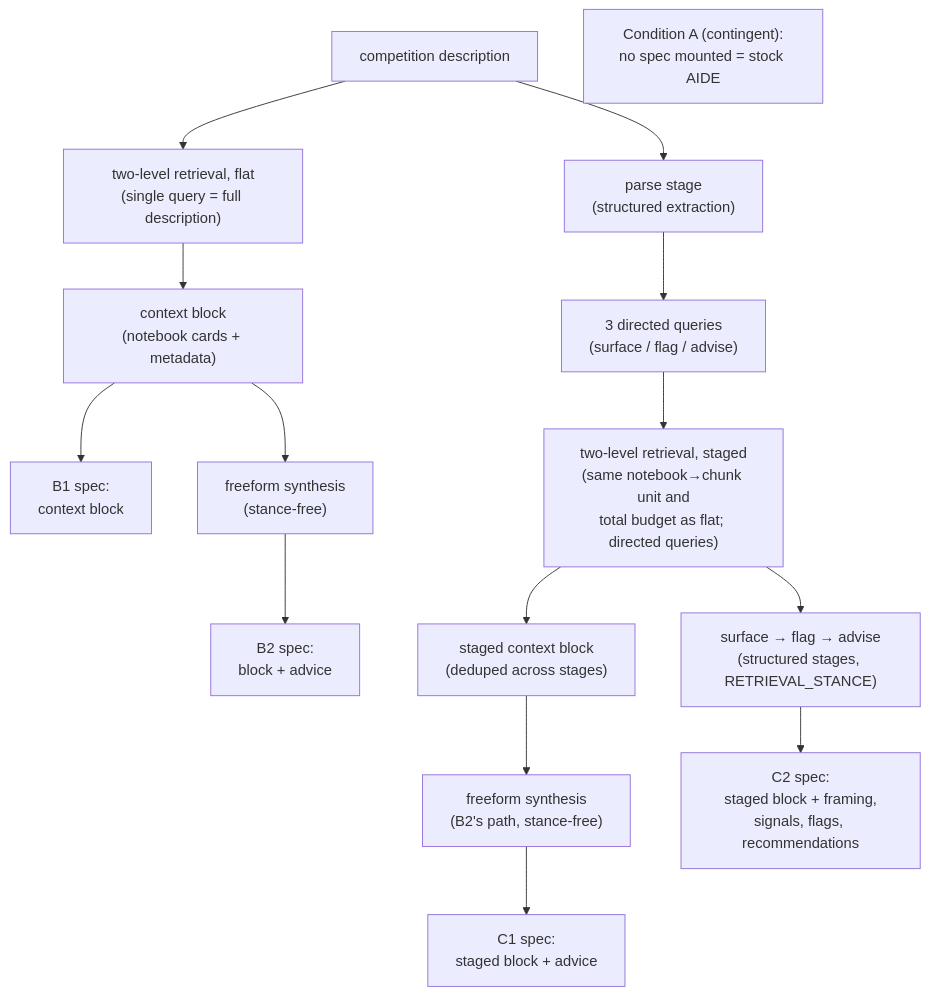
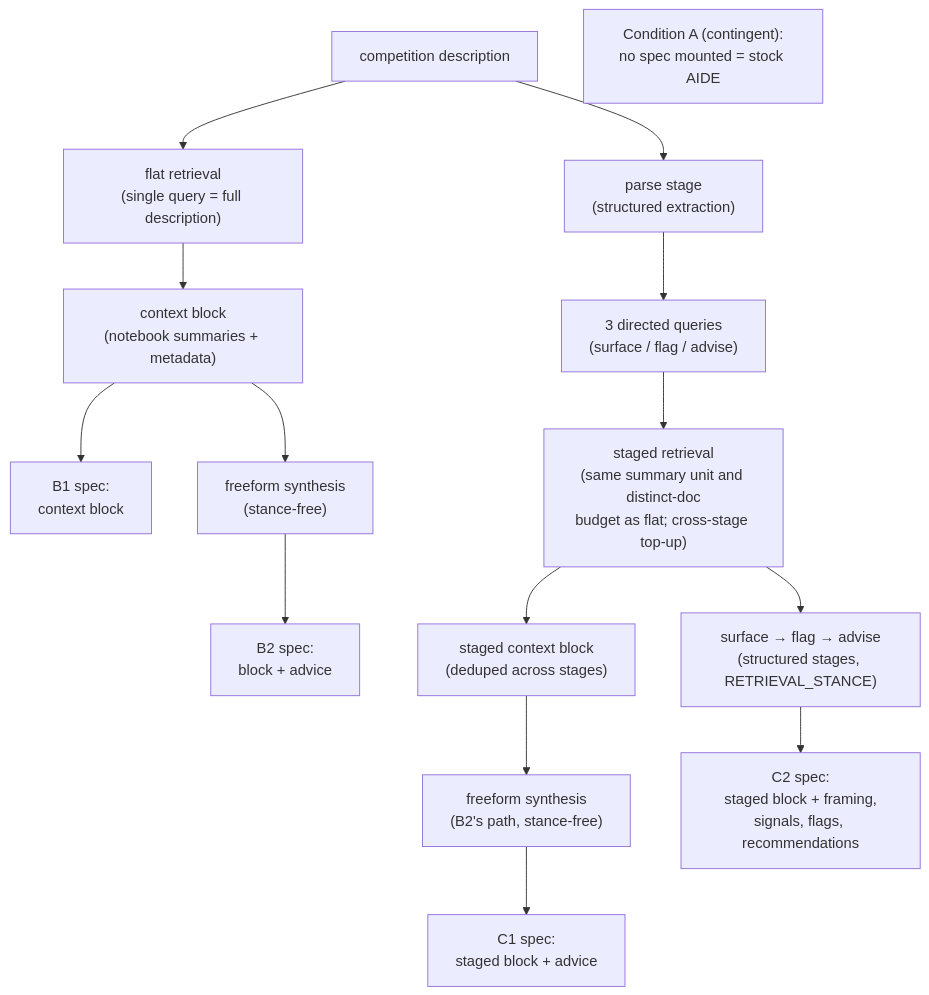
One commit to csinatra/prelude changed the second of 2 diagrams in docs/RESEARCH_DESIGN.md. Above: the diagram before and after it, drawn with Mermaid. The commit also changed other lines of this file and 15 other files, not shown here.

First line of the commit message:
retrieval: collapse two-level code-chunk retrieval to summary-only with cross-stage top-up

````diff
--- a/docs/RESEARCH_DESIGN.md
+++ b/docs/RESEARCH_DESIGN.md
@@ -125,19 +123,19 @@
 ```mermaid
 flowchart TD
-    D["competition description"] --> FQ["two-level retrieval, flat<br/>(single query = full description)"]
-    FQ --> CB["context block<br/>(notebook cards + metadata)"]
+    D["competition description"] --> FQ["flat retrieval<br/>(single query = full description)"]
+    FQ --> CB["context block<br/>(notebook summaries + metadata)"]
     CB --> B1["B1 spec:<br/>context block"]
     CB --> FS1["freeform synthesis<br/>(stance-free)"]
     FS1 --> B2["B2 spec:<br/>block + advice"]
 
     D --> P["parse stage<br/>(structured extraction)"]
     P --> Q["3 directed queries<br/>(surface / flag / advise)"]
-    Q --> SR["two-level retrieval, staged<br/>(same notebook→chunk unit and<br/>total budget as flat; directed queries)"]
+    Q --> SR["staged retrieval<br/>(same summary unit and distinct-doc<br/>budget as flat; cross-stage top-up)"]
     SR --> SCB["staged context block<br/>(deduped across stages)"]
     SCB --> FS2["freeform synthesis<br/>(B2's path, stance-free)"]
     FS2 --> C1["C1 spec:<br/>staged block + advice"]
     SR --> ST["surface → flag → advise<br/>(structured stages, RETRIEVAL_STANCE)"]
     ST --> C2["C2 spec:<br/>staged block + framing,<br/>signals, flags, recommendations"]
 
     A["Condition A (contingent):<br/>no spec mounted = stock AIDE"]
 ```
````
